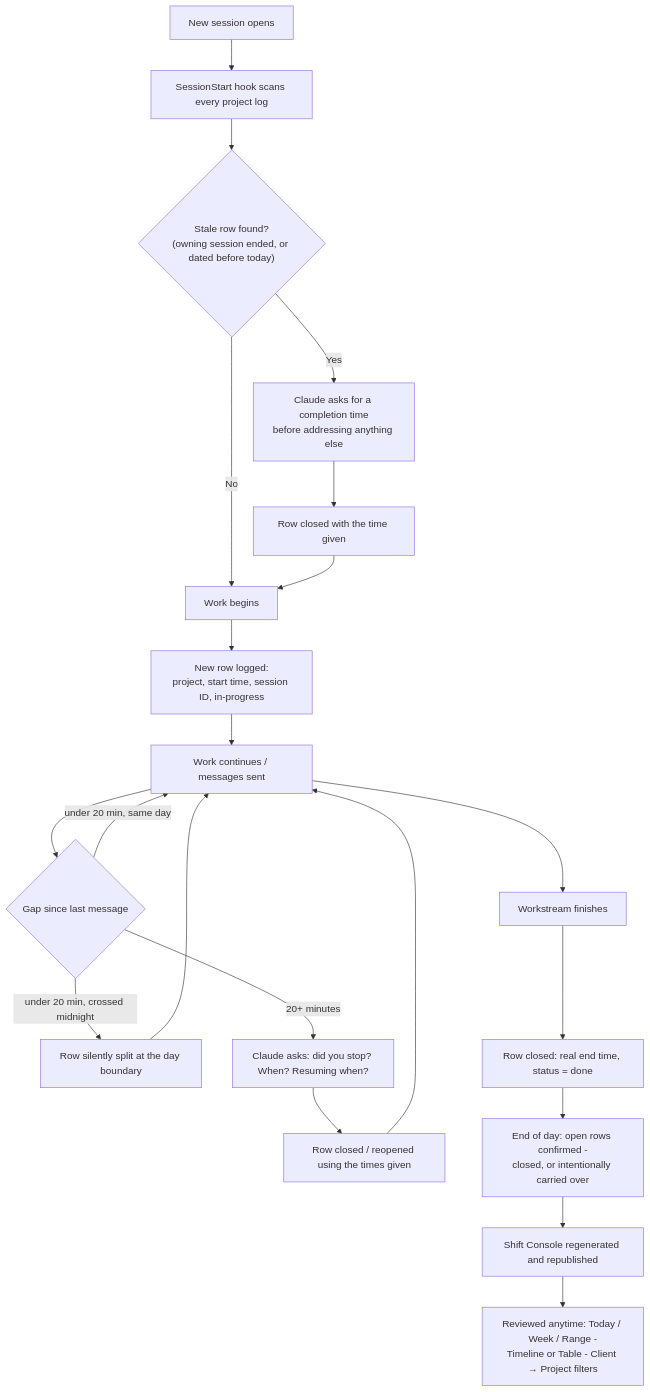
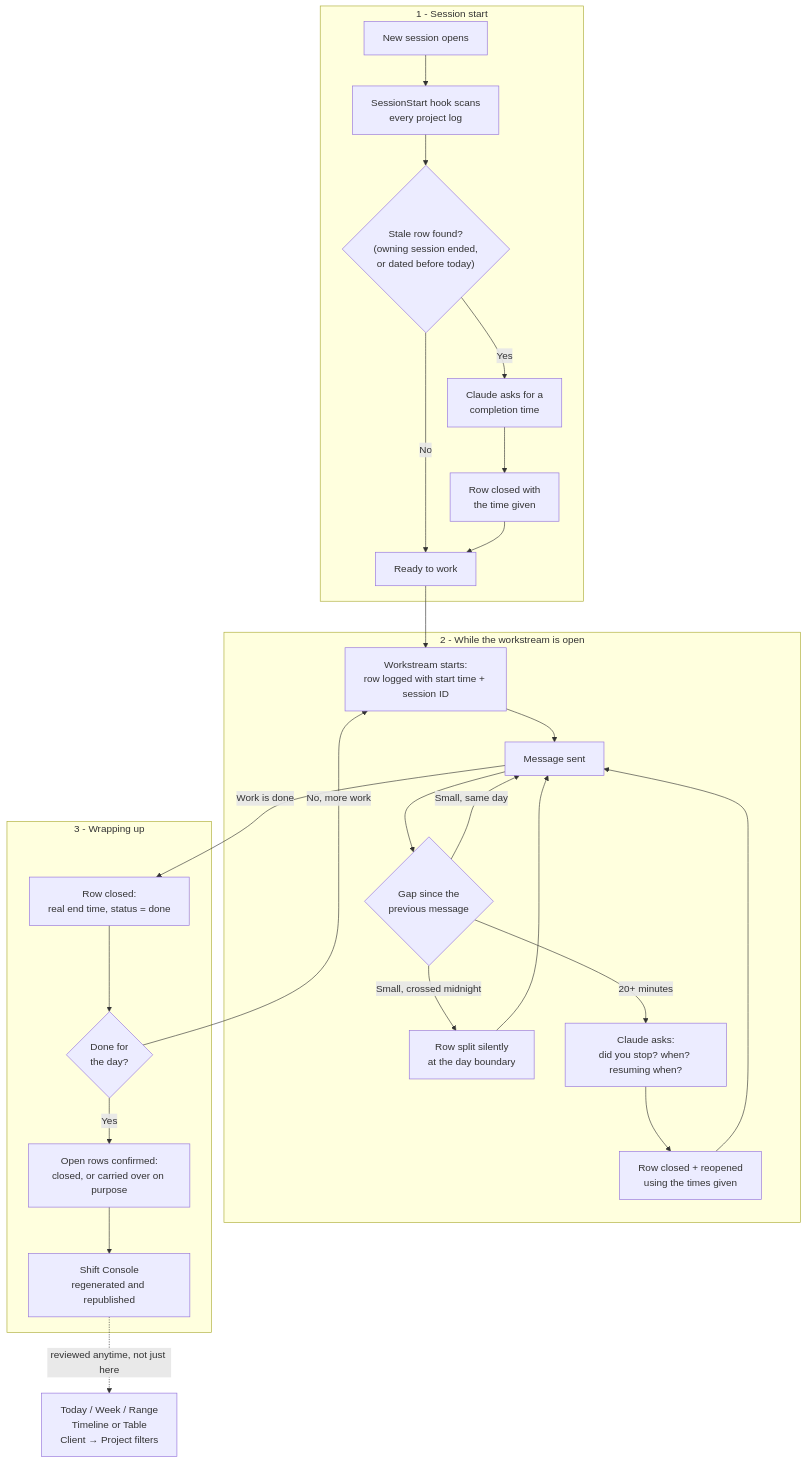
The diagram in README.md (Biplan-Consulting-Services/sankerbaril-Timesheets), drawn with Mermaid before and after one commit.

Commit message:
Reorganize the README flow diagram into labeled phases
The old diagram funneled the gap-check loop, the workstream-finish
exit, and the end-of-day sequence all through one hub node - readable
while writing it, confusing to read cold. Split into three subgraphs
(Session start / While the workstream is open / Wrapping up) so each
phase is visually distinct, and pulled "reviewed anytime" out as a
dashed side-link instead of implying it only happens after publishing.

````diff
--- a/README.md
+++ b/README.md
@@ -107,25 +107,35 @@
 ```mermaid
 flowchart TD
-    A["New session opens"] --> B["SessionStart hook scans every project log"]
-    B --> C{"Stale row found?<br/>(owning session ended, or dated before today)"}
-    C -- "Yes" --> D["Claude asks for a completion time<br/>before addressing anything else"]
-    D --> E["Row closed with the time given"]
-    C -- "No" --> F["Work begins"]
-    E --> F
+    subgraph S1["1 - Session start"]
+        A["New session opens"] --> B["SessionStart hook scans<br/>every project log"]
+        B --> C{"Stale row found?<br/>(owning session ended,<br/>or dated before today)"}
+        C -- "Yes" --> D["Claude asks for a<br/>completion time"]
+        D --> E["Row closed with<br/>the time given"]
+        C -- "No" --> F["Ready to work"]
+        E --> F
+    end
 
-    F --> G["New row logged:<br/>project, start time, session ID, in-progress"]
-    G --> H["Work continues / messages sent"]
-    H --> I{"Gap since last message"}
-    I -- "under 20 min, same day" --> H
-    I -- "under 20 min, crossed midnight" --> J["Row silently split at the day boundary"]
-    J --> H
-    I -- "20+ minutes" --> K["Claude asks: did you stop? When? Resuming when?"]
-    K --> L["Row closed / reopened using the times given"]
-    L --> H
+    F --> G["Workstream starts:<br/>row logged with start time + session ID"]
 
-    H --> M["Workstream finishes"]
-    M --> N["Row closed: real end time, status = done"]
-    N --> O["End of day: open rows confirmed -<br/>closed, or intentionally carried over"]
-    O --> P["Shift Console regenerated and republished"]
-    P --> Q["Reviewed anytime: Today / Week / Range -<br/>Timeline or Table - Client &rarr; Project filters"]
+    subgraph S2["2 - While the workstream is open"]
+        G --> H["Message sent"]
+        H --> I{"Gap since the<br/>previous message"}
+        I -- "Small, same day" --> H
+        I -- "Small, crossed midnight" --> J["Row split silently<br/>at the day boundary"]
+        J --> H
+        I -- "20+ minutes" --> K["Claude asks:<br/>did you stop? when? resuming when?"]
+        K --> L["Row closed + reopened<br/>using the times given"]
+        L --> H
+    end
+
+    H -- "Work is done" --> M["Row closed:<br/>real end time, status = done"]
+
+    subgraph S3["3 - Wrapping up"]
+        M --> O{"Done for<br/>the day?"}
+        O -- "No, more work" --> G
+        O -- "Yes" --> P["Open rows confirmed:<br/>closed, or carried over on purpose"]
+        P --> Q["Shift Console<br/>regenerated and republished"]
+    end
+
+    Q -.->|"reviewed anytime, not just here"| R["Today / Week / Range<br/>Timeline or Table<br/>Client &rarr; Project filters"]
 ```
````
